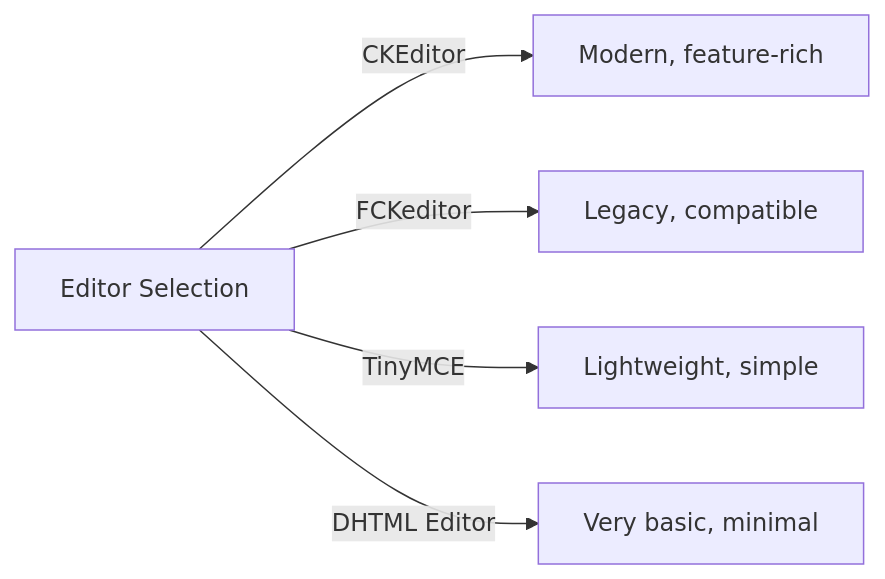
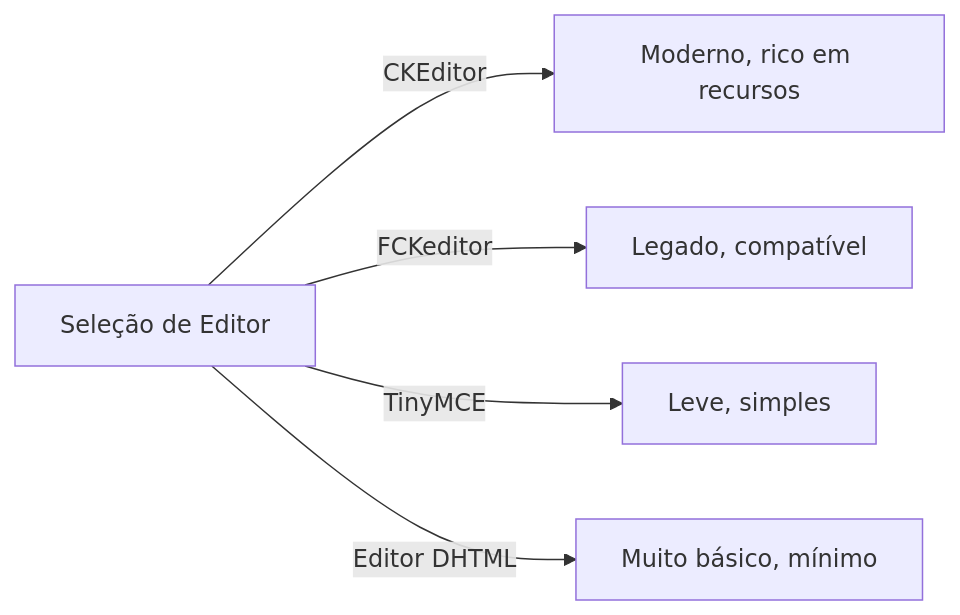
Before and after one commit to mambax7/xoops-docs: the first of 2 diagrams in apps/docs-27/src/content/docs/pt/modules/publisher/user-guide/configuration.md, drawn with Mermaid. The commit also changed other lines of this file and 162 other files, not shown here.

````diff
--- a/apps/docs-27/src/content/docs/pt/modules/publisher/user-guide/configuration.md
+++ b/apps/docs-27/src/content/docs/pt/modules/publisher/user-guide/configuration.md
@@ -85,7 +85,7 @@
 ```mermaid
 graph LR
-    A[Editor Selection] -->|CKEditor| B[Modern, feature-rich]
-    A -->|FCKeditor| C[Legacy, compatible]
-    A -->|TinyMCE| D[Lightweight, simple]
-    A -->|DHTML Editor| E[Very basic, minimal]
+    A[Seleção de Editor] -->|CKEditor| B[Moderno, rico em recursos]
+    A -->|FCKeditor| C[Legado, compatível]
+    A -->|TinyMCE| D[Leve, simples]
+    A -->|Editor DHTML| E[Muito básico, mínimo]
 ```
````
